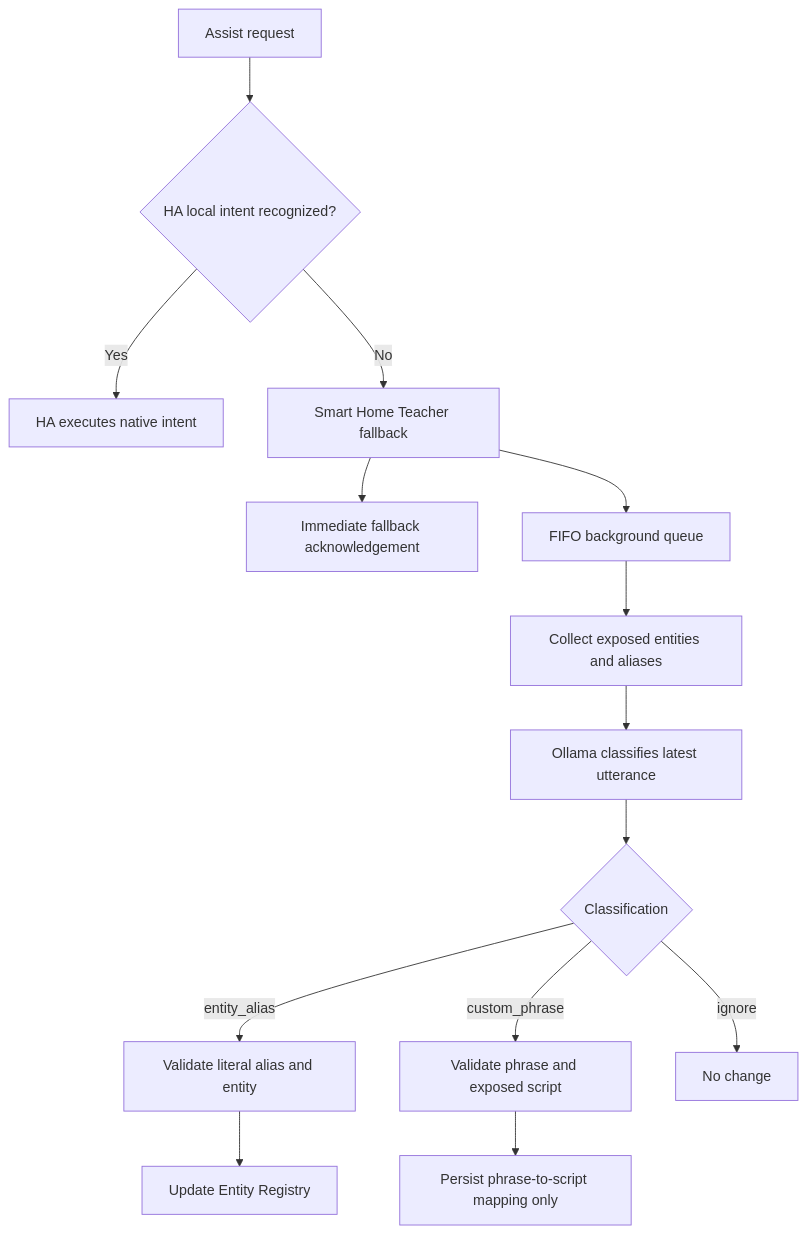
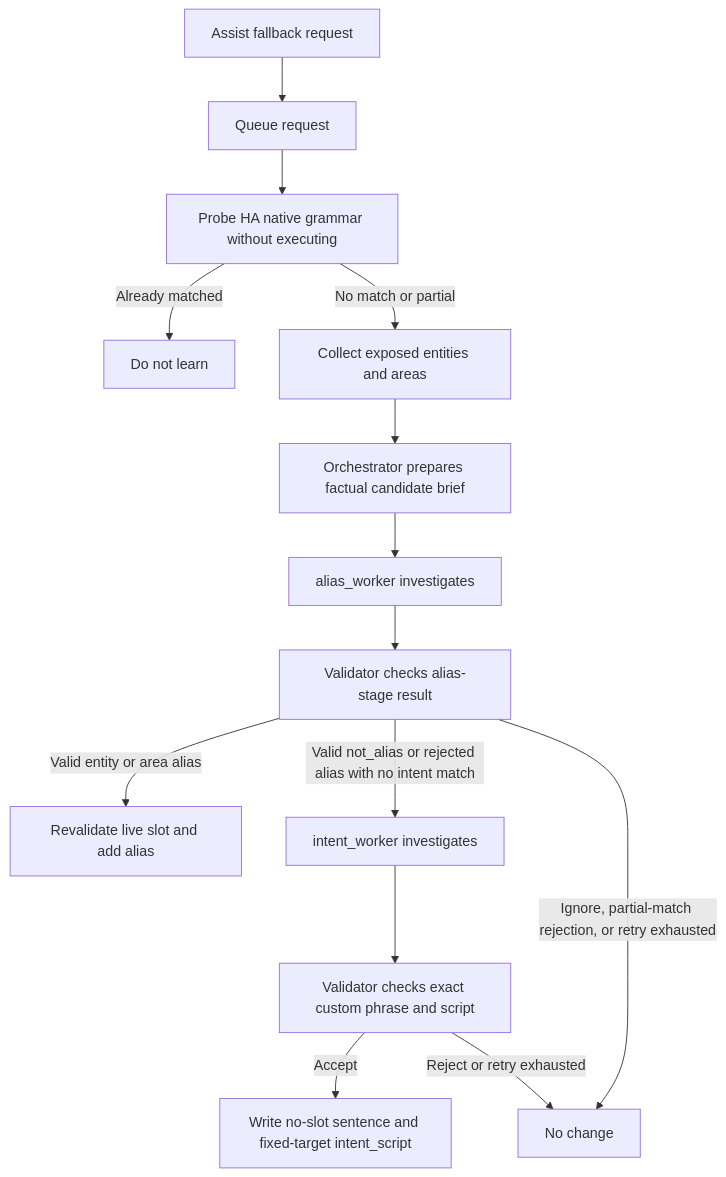
Before and after one commit to IharRusak/smart-home-teacher: the diagram in docs/ARCHITECTURE.md, drawn with Mermaid. The commit also changed other lines of this file and 20 other files, not shown here.

````diff
--- a/docs/ARCHITECTURE.md
+++ b/docs/ARCHITECTURE.md
@@ -17,16 +18,16 @@
 ```mermaid
 flowchart TD
-    A[Assist request] --> B{HA local intent recognized?}
-    B -->|Yes| C[HA executes native intent]
-    B -->|No| D[Smart Home Teacher fallback]
-    D --> E[Immediate fallback acknowledgement]
-    D --> F[FIFO background queue]
-    F --> G[Collect exposed entities and aliases]
-    G --> H[Ollama classifies latest utterance]
-    H --> I{Classification}
-    I -->|entity_alias| J[Validate literal alias and entity]
-    J --> K[Update Entity Registry]
-    I -->|custom_phrase| L[Validate phrase and exposed script]
-    L --> M[Persist phrase-to-script mapping only]
-    I -->|ignore| O[No change]
+    A[Assist fallback request] --> B[Queue request]
+    B --> C[Probe HA native grammar without executing]
+    C -->|Already matched| D[Do not learn]
+    C -->|No match or partial| E[Collect exposed entities and areas]
+    E --> F[Orchestrator prepares factual candidate brief]
+    F --> G[alias_worker investigates]
+    G --> H[Validator checks alias-stage result]
+    H -->|Valid entity or area alias| I[Revalidate live slot and add alias]
+    H -->|Valid not_alias or rejected alias with no intent match| J[intent_worker investigates]
+    H -->|Ignore, partial-match rejection, or retry exhausted| K[No change]
+    J --> L[Validator checks exact custom phrase and script]
+    L -->|Accept| M[Write no-slot sentence and fixed-target intent_script]
+    L -->|Reject or retry exhausted| K
 ```
````
